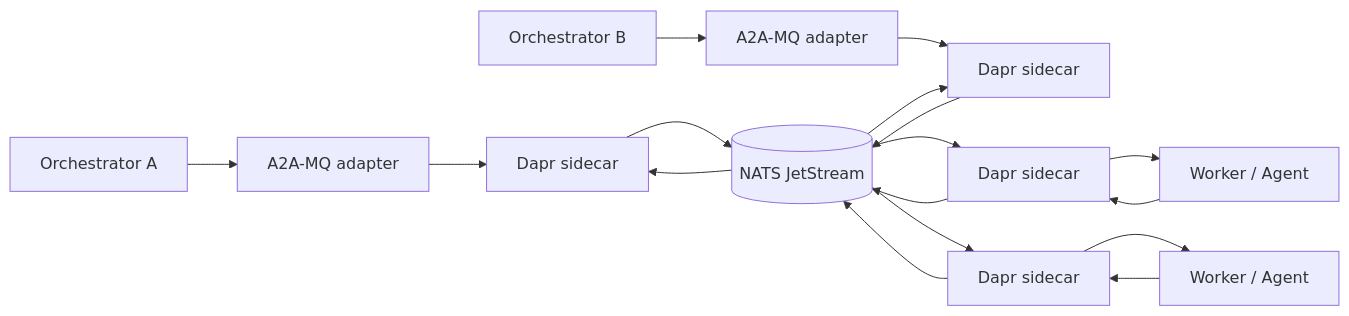
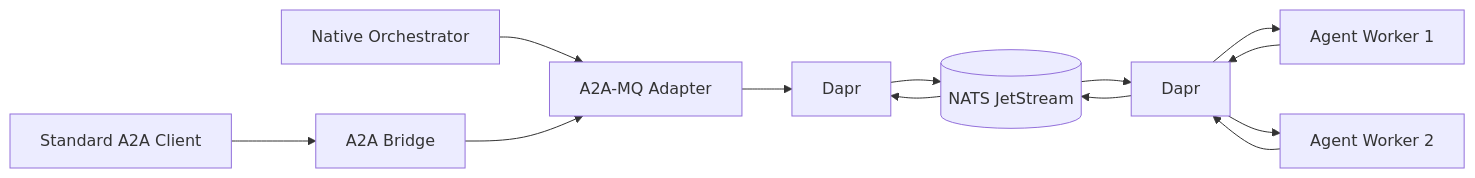
One commit to rodhayl/A2A_MQ changed the diagram in README.md. Above: the diagram before and after it, drawn with Mermaid. The commit also changed other lines of this file, not shown here.

````diff
--- a/README.md
+++ b/README.md
@@ -39,19 +23,15 @@
 ```mermaid
 flowchart LR
-    O1[Orchestrator A] --> A1[A2A-MQ adapter]
-    O2[Orchestrator B] --> A2[A2A-MQ adapter]
-    A1 --> D1[Dapr sidecar]
-    A2 --> D2[Dapr sidecar]
-    D1 --> JS[(NATS JetStream)]
-    D2 --> JS
-    JS --> DW1[Dapr sidecar]
-    JS --> DW2[Dapr sidecar]
-    DW1 --> W1[Worker / Agent]
-    DW2 --> W2[Worker / Agent]
-    W1 --> DW1
-    W2 --> DW2
-    DW1 --> JS
-    DW2 --> JS
-    JS --> D1
-    JS --> D2
+    C[Standard A2A Client] --> H[A2A Bridge]
+    O[Native Orchestrator] --> A[A2A-MQ Adapter]
+    H --> A
+    A --> D[Dapr]
+    D --> J[(NATS JetStream)]
+    J --> DW[Dapr]
+    DW --> W1[Agent Worker 1]
+    DW --> W2[Agent Worker 2]
+    W1 --> DW
+    W2 --> DW
+    DW --> J
+    J --> D
 ```
````
